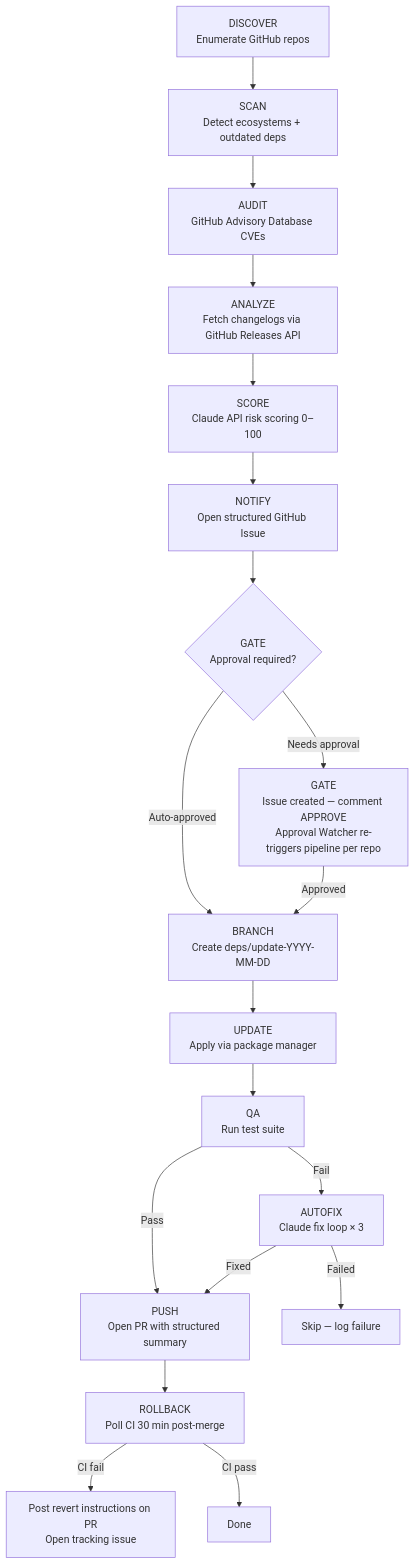
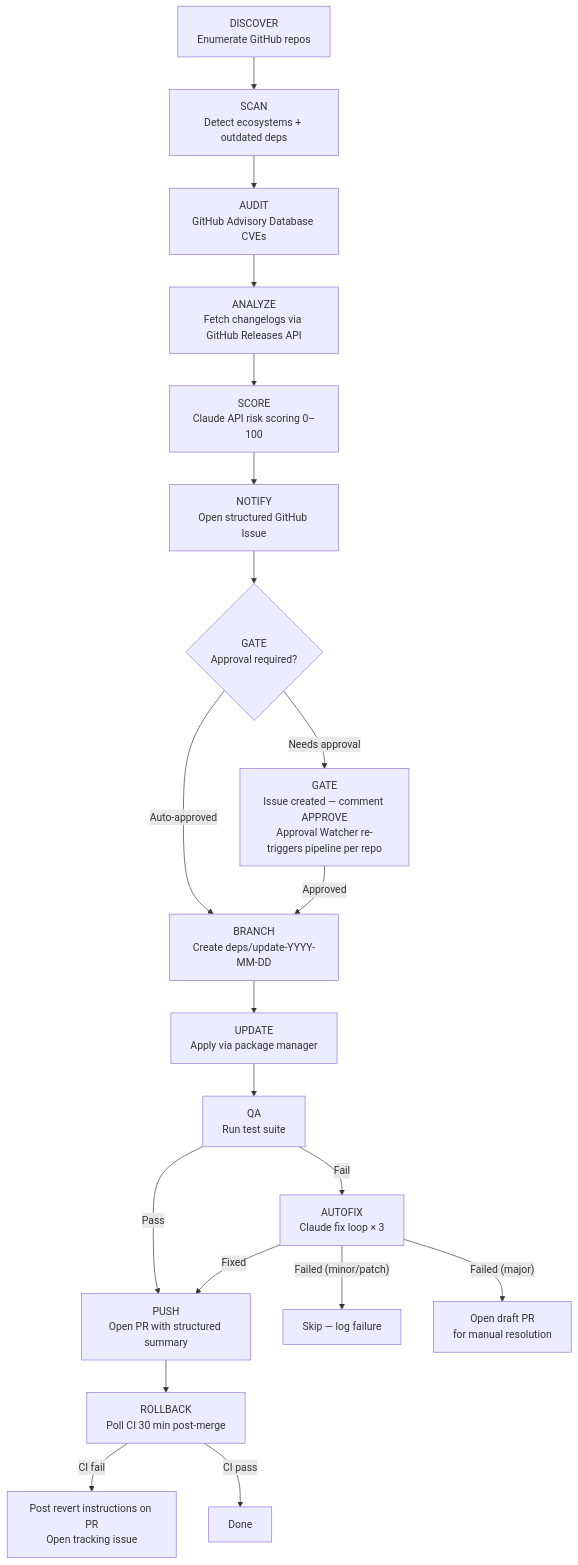
One commit to tomd0627/project-dependency-workflow changed the diagram in README.md. Above: the diagram before and after it, drawn with Mermaid. The commit also changed other lines of this file, not shown here.

Commit message:
docs: fix README — draft PR path and NOTIFY_USERNAME env var

````diff
--- a/README.md
+++ b/README.md
@@ -13,21 +13,22 @@
 ```mermaid
 flowchart TD
     A[DISCOVER\nEnumerate GitHub repos] --> B[SCAN\nDetect ecosystems + outdated deps]
     B --> C[AUDIT\nGitHub Advisory Database CVEs]
     C --> D[ANALYZE\nFetch changelogs via GitHub Releases API]
     D --> E[SCORE\nClaude API risk scoring 0–100]
     E --> F[NOTIFY\nOpen structured GitHub Issue]
     F --> G{GATE\nApproval required?}
     G -- Auto-approved --> H[BRANCH\nCreate deps/update-YYYY-MM-DD]
     G -- Needs approval --> G2[GATE\nIssue created — comment APPROVE\nApproval Watcher re-triggers pipeline per repo]
     G2 -- Approved --> H
     H --> I[UPDATE\nApply via package manager]
     I --> J[QA\nRun test suite]
     J -- Pass --> K[PUSH\nOpen PR with structured summary]
     J -- Fail --> L[AUTOFIX\nClaude fix loop × 3]
     L -- Fixed --> K
-    L -- Failed --> Z2[Skip — log failure]
+    L -- "Failed (minor/patch)" --> Z2[Skip — log failure]
+    L -- "Failed (major)" --> Z3[Open draft PR\nfor manual resolution]
     K --> M[ROLLBACK\nPoll CI 30 min post-merge]
     M -- CI fail --> N[Post revert instructions on PR\nOpen tracking issue]
     M -- CI pass --> O[Done]
 ```
````
